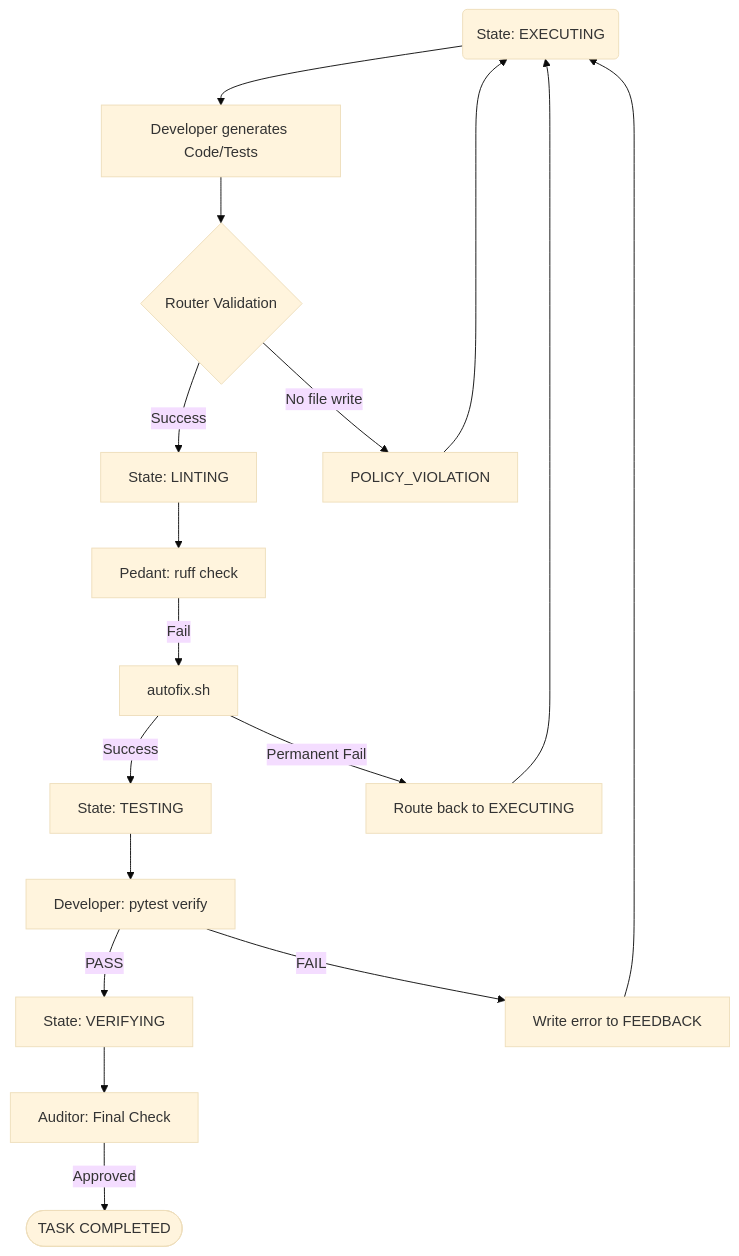
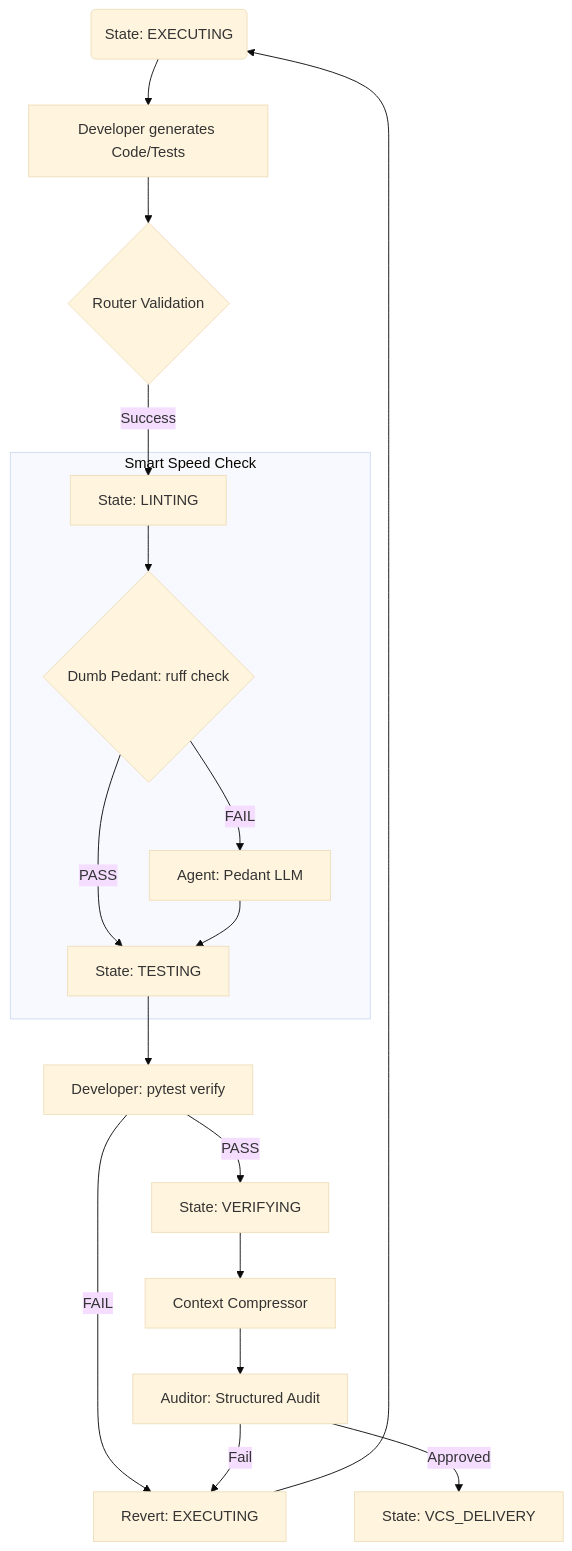
The third of 5 diagrams in docs/ci_architecture/flow_diagrams_operations_map.md (OpenXFlow/ci-dev-lens), drawn with Mermaid (base theme) before and after one commit. The commit also changed other lines of this file and 25 other files, not shown here.

````diff
--- a/docs/ci_architecture/flow_diagrams_operations_map.md
+++ b/docs/ci_architecture/flow_diagrams_operations_map.md
@@ -71,20 +110,23 @@
 ```mermaid
 flowchart TD
     Start(State: EXECUTING) --> Dev[Developer generates Code/Tests]
     Dev --> Router{Router Validation}
     
     Router -->|Success| Lint[State: LINTING]
-    Router -->|No file write| Rej[POLICY_VIOLATION] --> Start
     
-    Lint --> Pedant[Pedant: ruff check]
-    Pedant -->|Fail| Fix[autofix.sh]
-    Fix -->|Success| Test[State: TESTING]
-    Fix -->|Permanent Fail| BackToDev[Route back to EXECUTING] --> Start
+    subgraph SpeedGate [Smart Speed Check]
+        Lint --> Pedant{Dumb Pedant: ruff check}
+        Pedant -->|PASS| Test[State: TESTING]
+        Pedant -->|FAIL| AI_Pedant[Agent: Pedant LLM]
+        AI_Pedant --> Test
+    end
     
     Test --> Pytest[Developer: pytest verify]
     Pytest -->|PASS| Audit[State: VERIFYING]
-    Pytest -->|FAIL| LogErr[Write error to FEEDBACK] --> Start
+    Pytest -->|FAIL| LogErr[Revert: EXECUTING] --> Start
     
-    Audit --> Auditor[Auditor: Final Check]
-    Auditor -->|Approved| Success([TASK COMPLETED])
+    Audit --> Compress[Context Compressor]
+    Compress --> Auditor[Auditor: Structured Audit]
+    Auditor -->|Fail| LogErr
+    Auditor -->|Approved| VCS[State: VCS_DELIVERY]
 ```
````
